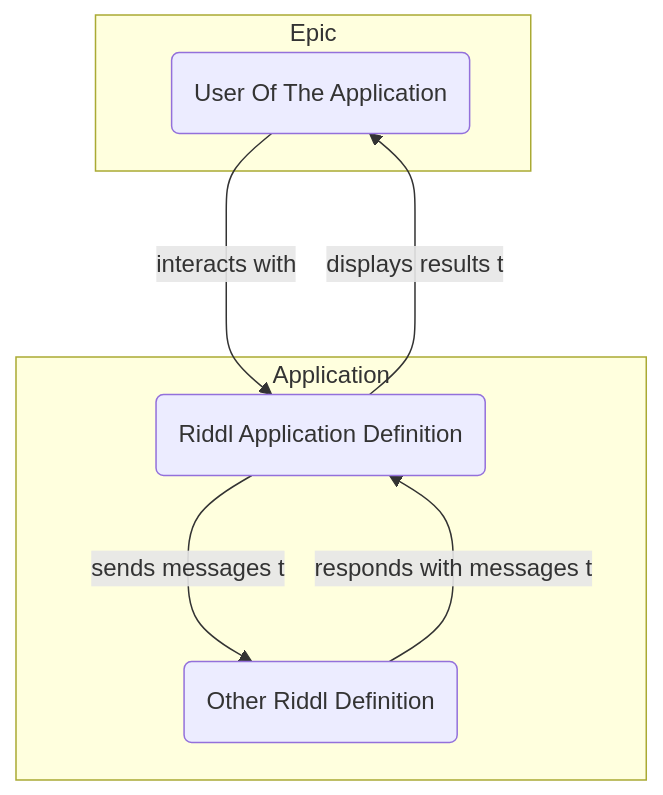
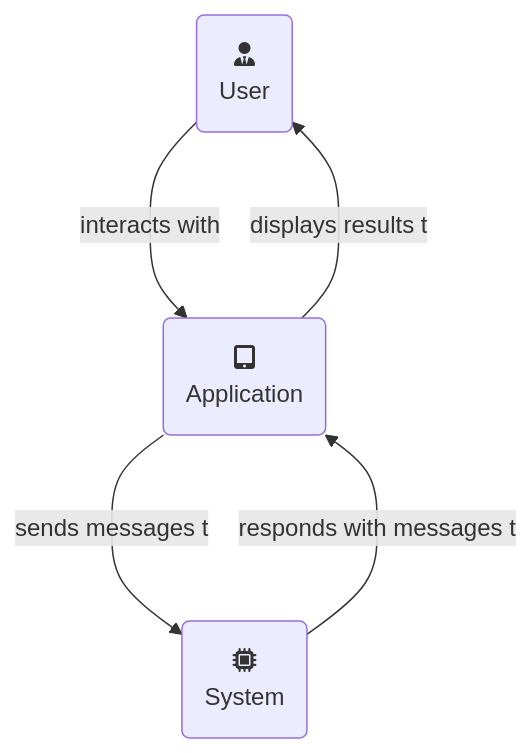
The diagram in doc/src/main/hugo/content/guides/authors/design/user-interface-modeling/_index.md (ossuminc/riddl), drawn with Mermaid before and after one commit. The commit also changed other lines of this file and 126 other files, not shown here.

```diff
--- a/doc/src/main/hugo/content/guides/authors/design/user-interface-modeling/_index.md
+++ b/doc/src/main/hugo/content/guides/authors/design/user-interface-modeling/_index.md
@@ -22,16 +23,11 @@
 {{< mermaid class="text-center" >}}
 graph TB;
-  User(User Of The Application);
-  UI(Riddl Application Definition);
-  System(Other Riddl Definition);
+    User( fas:fa-user-tie <br/> User);
+    UI( fas:fa-tablet-alt <br/> Application);
+    System( fas:fa-microchip <br/> System);
 
-  subgraph Application
     UI--sends messages to-->System;
     System--responds with messages to-->UI;
-  end;
-
-  subgraph Epic
     User--interacts with-->UI;
     UI--displays results to-->User;    
-  end;
 {{< /mermaid >}}
```
